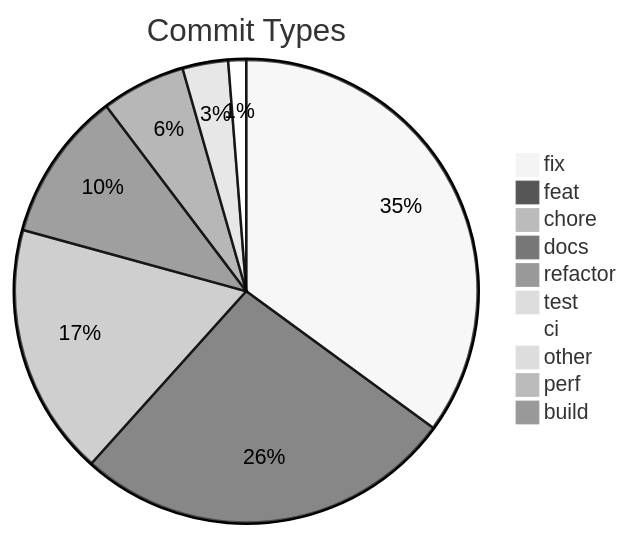
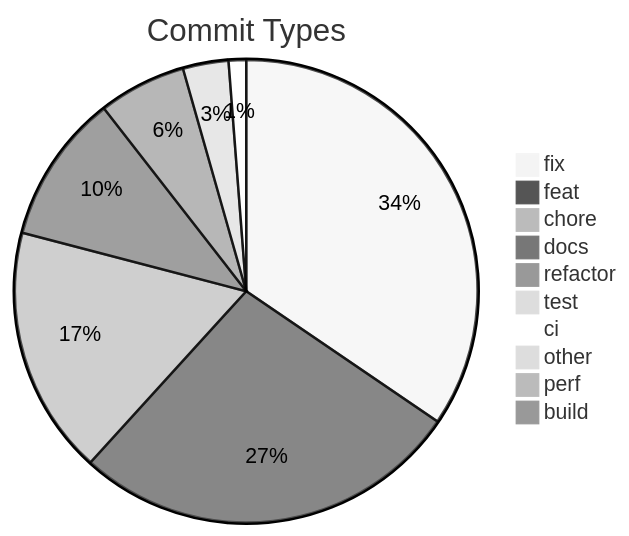
One commit to svenroth-ai/shipwright changed the diagram in .shipwright/compliance/change-history.md. Above: the diagram before and after it, drawn with Mermaid (neutral theme). The commit also changed other lines of this file and 400 other files, not shown here.

````diff
--- a/.shipwright/compliance/change-history.md
+++ b/.shipwright/compliance/change-history.md
@@ -10,13 +10,13 @@
 ```mermaid
 pie title Commit Types
-    "fix" : 561
-    "feat" : 426
-    "chore" : 282
-    "docs" : 167
-    "refactor" : 94
-    "test" : 51
+    "fix" : 564
+    "feat" : 445
+    "chore" : 283
+    "docs" : 170
+    "refactor" : 100
+    "test" : 52
     "ci" : 20
     "other" : 11
     "perf" : 1
     "build" : 1
 ```
````
